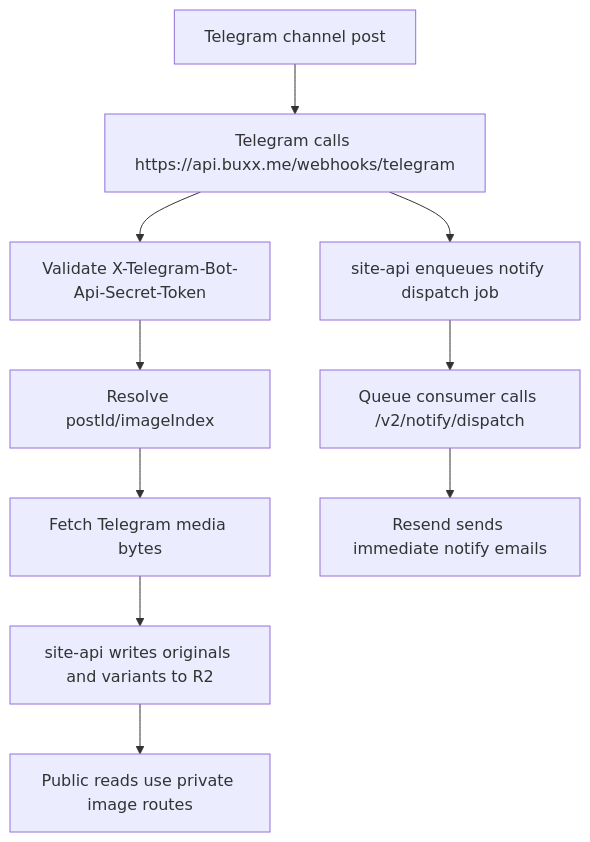
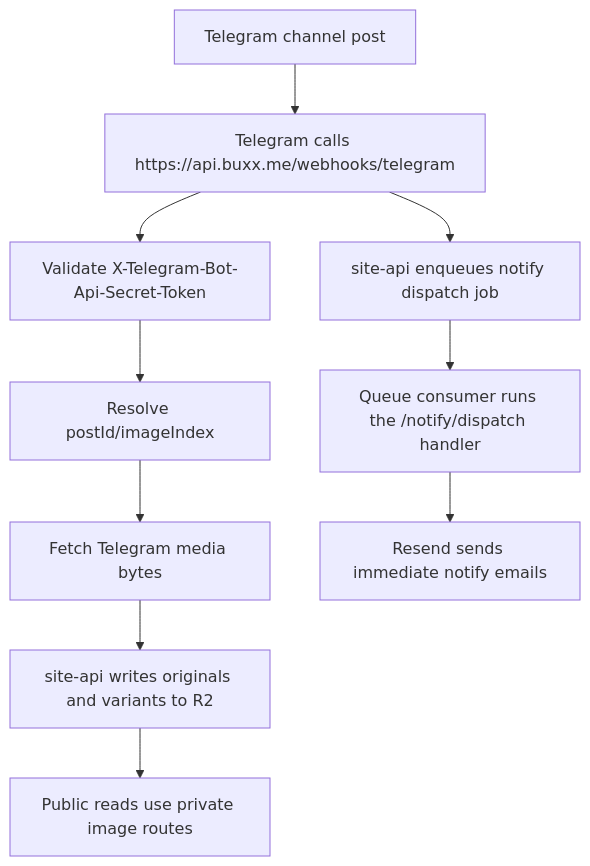
One commit to bunizao/site changed the first of 2 diagrams in src/content/docs/platform/telegram.md. Above: the diagram before and after it, drawn with Mermaid. The commit also changed other lines of this file and 2 other files, not shown here.

````diff
--- a/src/content/docs/platform/telegram.md
+++ b/src/content/docs/platform/telegram.md
@@ -27,12 +27,12 @@
 ```mermaid
 flowchart TD
   A["Telegram channel post"] --> B["Telegram calls https://api.buxx.me/webhooks/telegram"]
   B --> C["Validate X-Telegram-Bot-Api-Secret-Token"]
   C --> D["Resolve postId/imageIndex"]
   D --> E["Fetch Telegram media bytes"]
   E --> F["site-api writes originals and variants to R2"]
   F --> G["Public reads use private image routes"]
   B --> H["site-api enqueues notify dispatch job"]
-  H --> I["Queue consumer calls /v2/notify/dispatch"]
+  H --> I["Queue consumer runs the /notify/dispatch handler"]
   I --> J["Resend sends immediate notify emails"]
 ```
````
